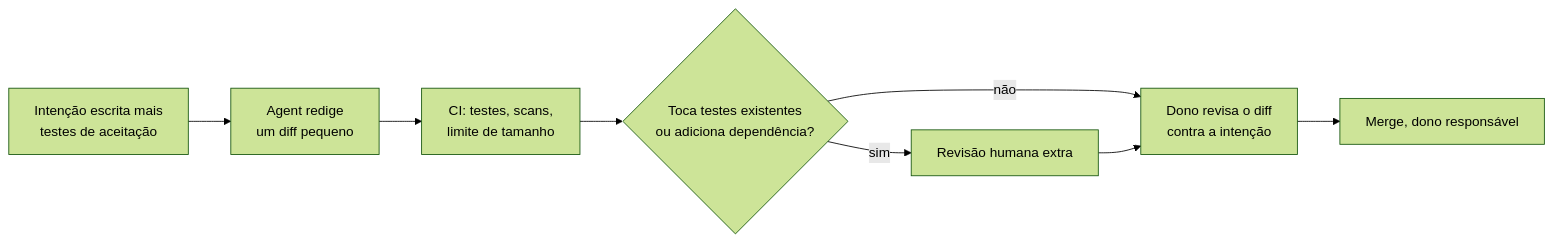
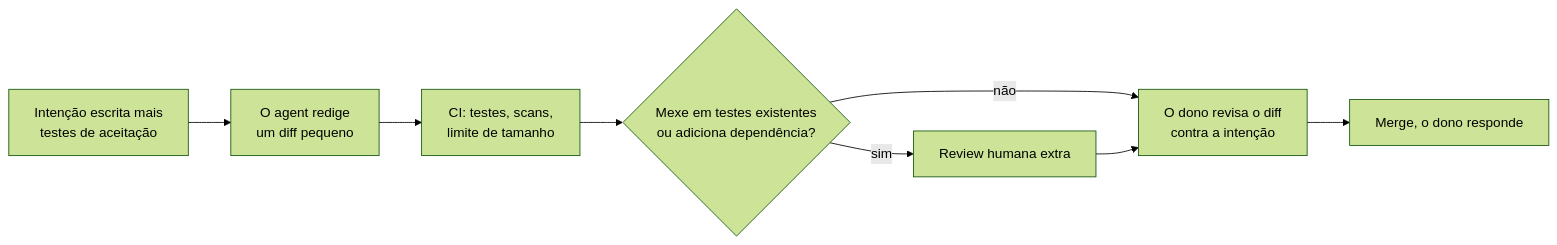
One commit to andrevberaldo/AI-Engineer-Interview-Questions changed diagram 13 of 13 in 13-interview-process-and-behavioral/questions.pt-BR.md. Above: the diagram before and after it, drawn with Mermaid (forest theme). The commit also changed other lines of this file and 1 other file, not shown here.

````diff
--- a/13-interview-process-and-behavioral/questions.pt-BR.md
+++ b/13-interview-process-and-behavioral/questions.pt-BR.md
@@ -902,10 +902,10 @@
 ```mermaid
 flowchart LR
-    A["Intenção escrita mais<br/>testes de aceitação"] --> B["Agent redige<br/>um diff pequeno"]
+    A["Intenção escrita mais<br/>testes de aceitação"] --> B["O agent redige<br/>um diff pequeno"]
     B --> C["CI: testes, scans,<br/>limite de tamanho"]
-    C --> D{"Toca testes existentes<br/>ou adiciona dependência?"}
-    D -->|"sim"| E["Revisão humana extra"]
-    D -->|"não"| F["Dono revisa o diff<br/>contra a intenção"]
+    C --> D{"Mexe em testes existentes<br/>ou adiciona dependência?"}
+    D -->|"sim"| E["Review humana extra"]
+    D -->|"não"| F["O dono revisa o diff<br/>contra a intenção"]
     E --> F
-    F --> G["Merge, dono responsável"]
+    F --> G["Merge, o dono responde"]
 ```
````
